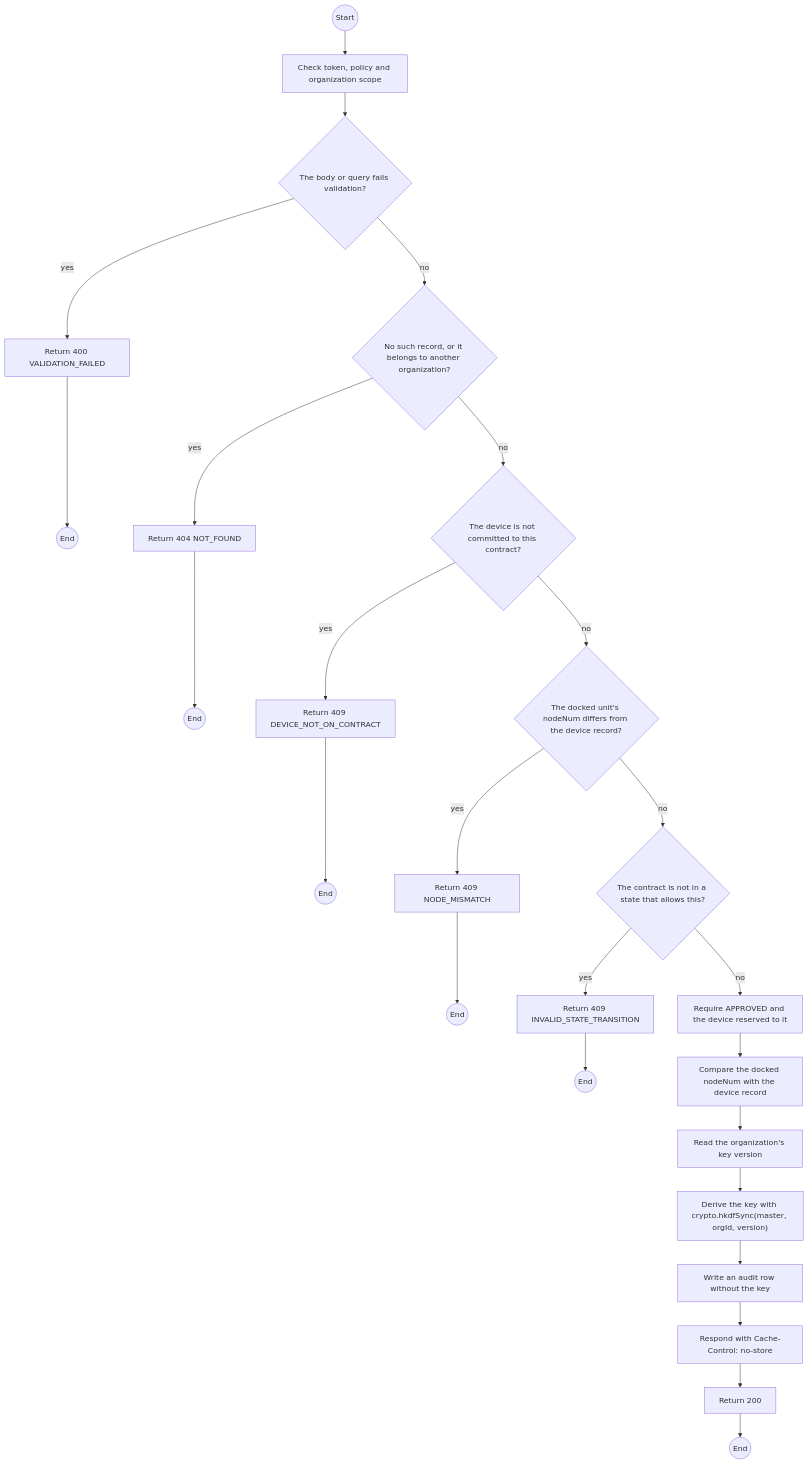
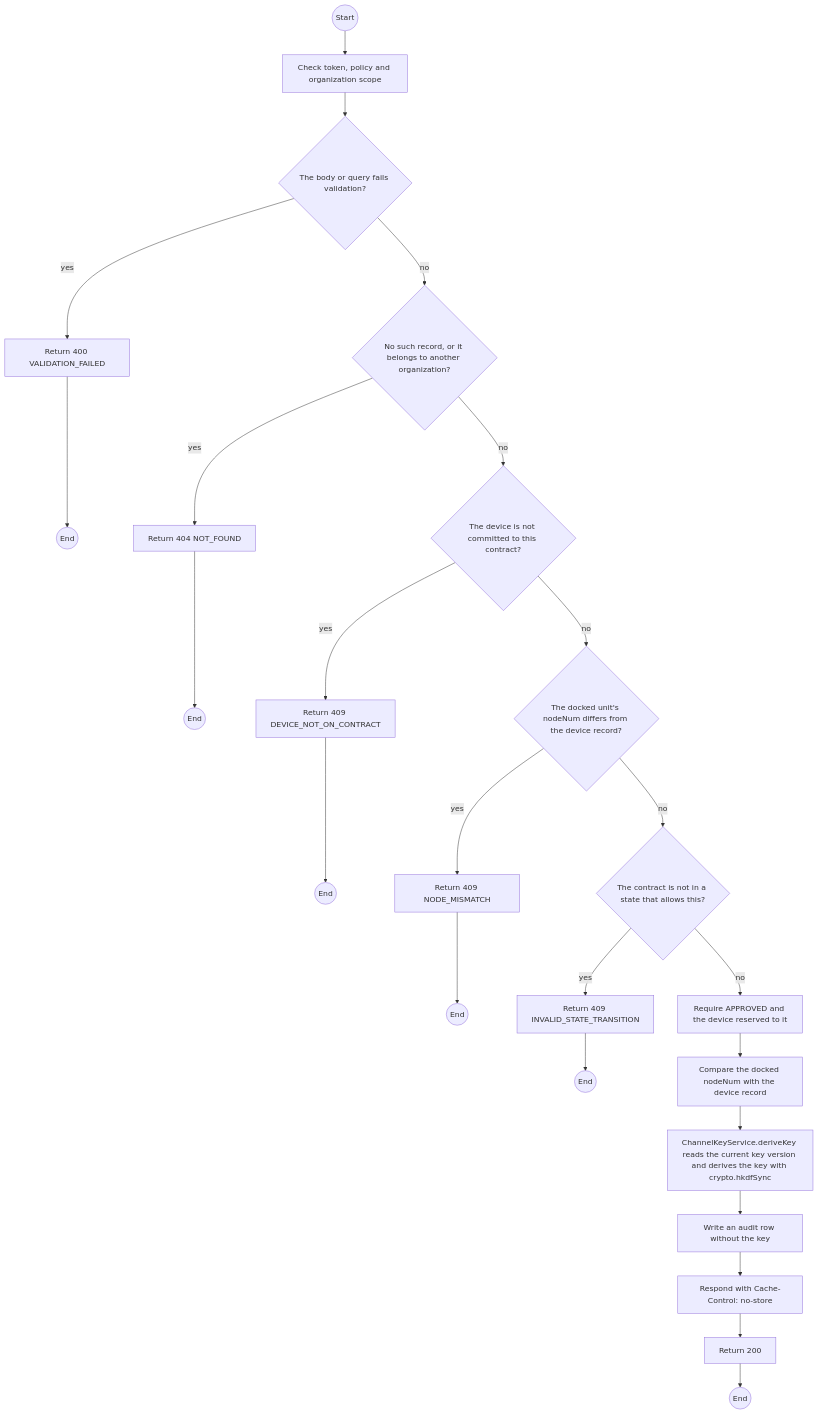
The first of 2 diagrams in specs/rentals/api-design/21-post-contracts-id-devices-deviceid-channel-key.md (TrekLink-Team/treklink-web), drawn with Mermaid before and after one commit. The commit also changed other lines of this file and 8 other files, not shown here.

First line of the commit message:
docs(devices): write owner and channel in one edit transaction, and renumber the docking requirements

````diff
--- a/specs/rentals/api-design/21-post-contracts-id-devices-deviceid-channel-key.md
+++ b/specs/rentals/api-design/21-post-contracts-id-devices-deviceid-channel-key.md
@@ -185,46 +185,44 @@
 ```mermaid
 flowchart TB
     S((Start))
     A0["Check token, policy and organization scope"]
     S --> A0
     D1{"The body or query fails validation?"}
     A0 --> D1
     E1["Return 400 VALIDATION_FAILED"]
     D1 -->|yes| E1
     E1 --> X1((End))
     D2{"No such record, or it belongs to another organization?"}
     D1 -->|no| D2
     E2["Return 404 NOT_FOUND"]
     D2 -->|yes| E2
     E2 --> X2((End))
     D3{"The device is not committed to this contract?"}
     D2 -->|no| D3
     E3["Return 409 DEVICE_NOT_ON_CONTRACT"]
     D3 -->|yes| E3
     E3 --> X3((End))
     D4{"The docked unit's nodeNum differs from the device record?"}
     D3 -->|no| D4
     E4["Return 409 NODE_MISMATCH"]
     D4 -->|yes| E4
     E4 --> X4((End))
     D5{"The contract is not in a state that allows this?"}
     D4 -->|no| D5
     E5["Return 409 INVALID_STATE_TRANSITION"]
     D5 -->|yes| E5
     E5 --> X5((End))
     P0["Require APPROVED and the device reserved to it"]
     D5 -->|no| P0
     P1["Compare the docked nodeNum with the device record"]
     P0 --> P1
-    P2["Read the organization's key version"]
+    P2["ChannelKeyService.deriveKey reads the current key version and derives the key with crypto.hkdfSync"]
     P1 --> P2
-    P3["Derive the key with crypto.hkdfSync(master, orgId, version)"]
+    P3["Write an audit row without the key"]
     P2 --> P3
-    P4["Write an audit row without the key"]
+    P4["Respond with Cache-Control: no-store"]
     P3 --> P4
-    P5["Respond with Cache-Control: no-store"]
-    P4 --> P5
     OK["Return 200"]
-    P5 --> OK
+    P4 --> OK
     OK --> Z((End))
 ```
````
